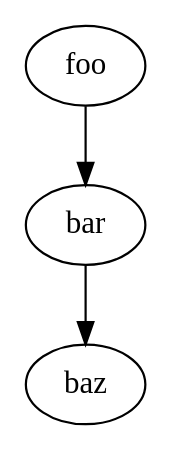
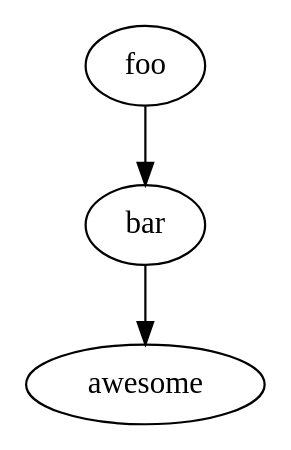
The diagram in docs/index.rst (OcelotProject/Ocelot), drawn with Graphviz before and after one commit. The commit also changed other lines of this file and 4 other files, not shown here.

```diff
--- a/docs/index.rst
+++ b/docs/index.rst
@@ -16,6 +13,6 @@
 .. graphviz::
 
    digraph foo {
-      "bar" -> "baz";
+      "bar" -> "awesome";
       "foo" -> "bar";
    }
```
